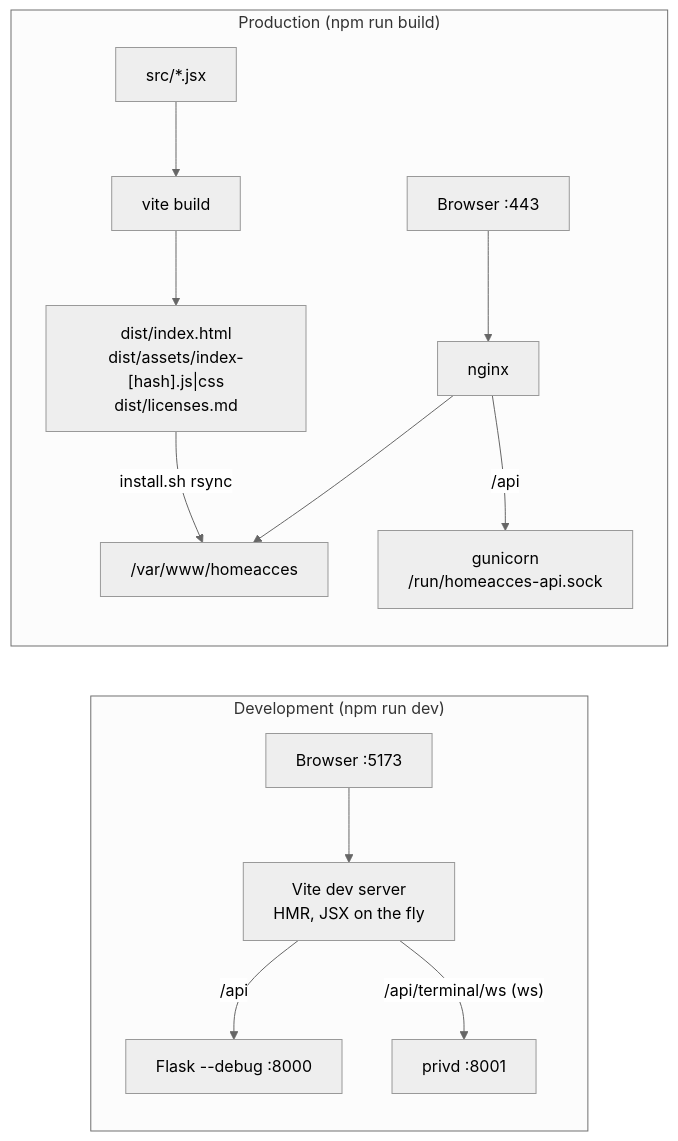
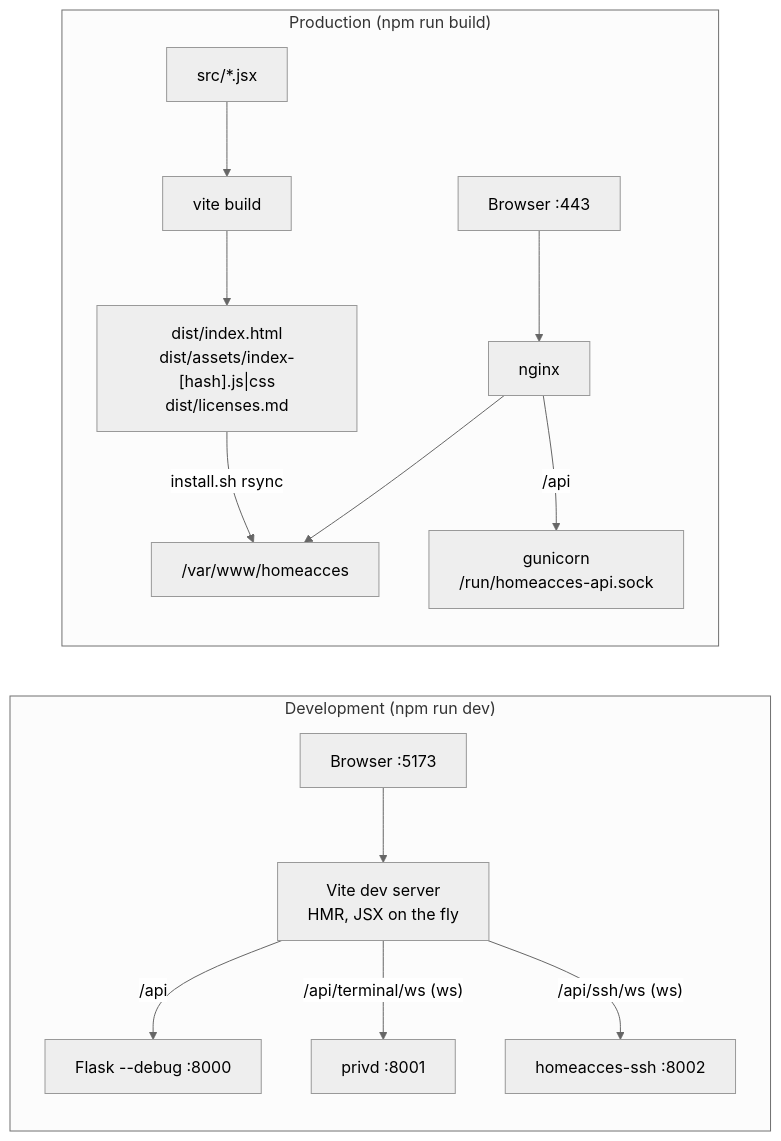
Before and after one commit to juanecito/Home_Access_Web: the sixth of 6 diagrams in doc/05-frontend.md, drawn with Mermaid (neutral theme). The commit also changed other lines of this file and 40 other files, not shown here.

````diff
--- a/doc/05-frontend.md
+++ b/doc/05-frontend.md
@@ -248,14 +293,15 @@
 ```mermaid
 flowchart LR
     subgraph Dev["Development (npm run dev)"]
         B1["Browser :5173"] --> V["Vite dev server<br/>HMR, JSX on the fly"]
         V -- "/api" --> F1["Flask --debug :8000"]
         V -- "/api/terminal/ws (ws)" --> P1["privd :8001"]
+        V -- "/api/ssh/ws (ws)" --> S1["homeacces-ssh :8002"]
     end
     subgraph Prod["Production (npm run build)"]
         SRC["src/*.jsx"] --> VB["vite build"] --> DIST["dist/index.html<br/>dist/assets/index-[hash].js|css<br/>dist/licenses.md"]
         DIST -- "install.sh rsync" --> WWW["/var/www/homeacces"]
         B2["Browser :443"] --> NG["nginx"] --> WWW
         NG -- "/api" --> G["gunicorn<br/>/run/homeacces-api.sock"]
     end
 ```
````
